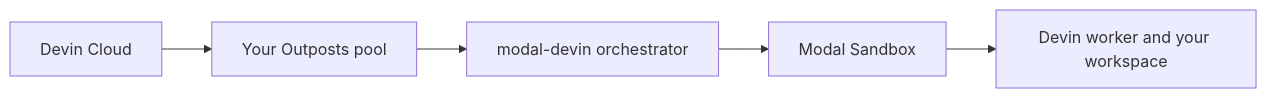
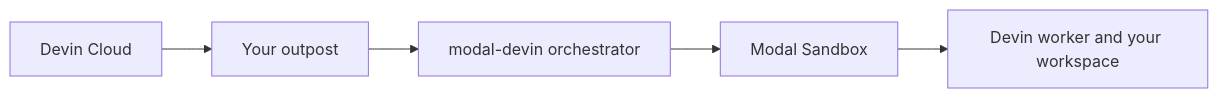
One commit to COG-GTM/modal-devin changed the diagram in index.mdx. Above: the diagram before and after it, drawn with Mermaid. The commit also changed other lines of this file and 32 other files, not shown here.

First line of the commit message:
Rename pool to outpost, fix Outposts API drift, fix worker image build

````diff
--- a/index.mdx
+++ b/index.mdx
@@ -35,7 +35,7 @@
 ```mermaid
 flowchart LR
-    D["Devin Cloud"] --> P["Your Outposts pool"]
+    D["Devin Cloud"] --> P["Your outpost"]
     P --> O["modal-devin orchestrator"]
     O --> S["Modal Sandbox"]
     S --> W["Devin worker and your workspace"]
 ```
````
